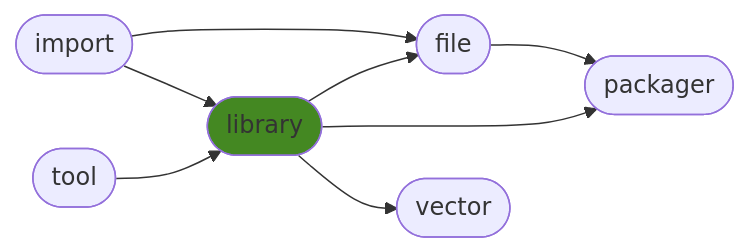
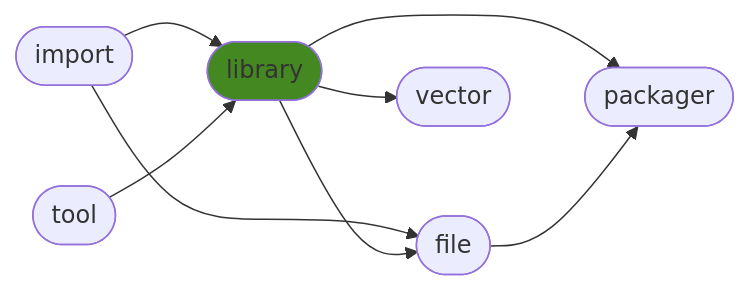
Before and after one commit to ManderaGeneral/generallibrary: the diagram in README.md, drawn with Mermaid. The commit also changed other lines of this file, not shown here.

````diff
--- a/README.md
+++ b/README.md
@@ -24,17 +24,17 @@
 ```mermaid
 flowchart LR
+0([import]) --> 3([file])
+2([library]) --> 5([packager])
+0([import]) --> 2([library])
+2([library]) --> 4([vector])
 2([library]) --> 3([file])
 3([file]) --> 5([packager])
-2([library]) --> 5([packager])
-0([import]) --> 3([file])
-0([import]) --> 2([library])
 1([tool]) --> 2([library])
-2([library]) --> 4([vector])
 click 0 "https://github.com/ManderaGeneral/generalimport"
 click 1 "https://github.com/ManderaGeneral/generaltool"
 click 2 "https://github.com/ManderaGeneral/generallibrary"
 click 3 "https://github.com/ManderaGeneral/generalfile"
 click 4 "https://github.com/ManderaGeneral/generalvector"
 click 5 "https://github.com/ManderaGeneral/generalpackager"
 style 2 fill:#482
 ```
````
